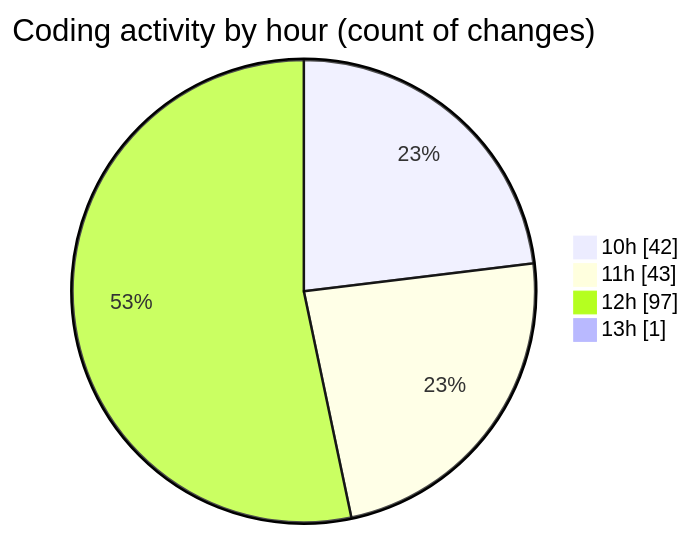
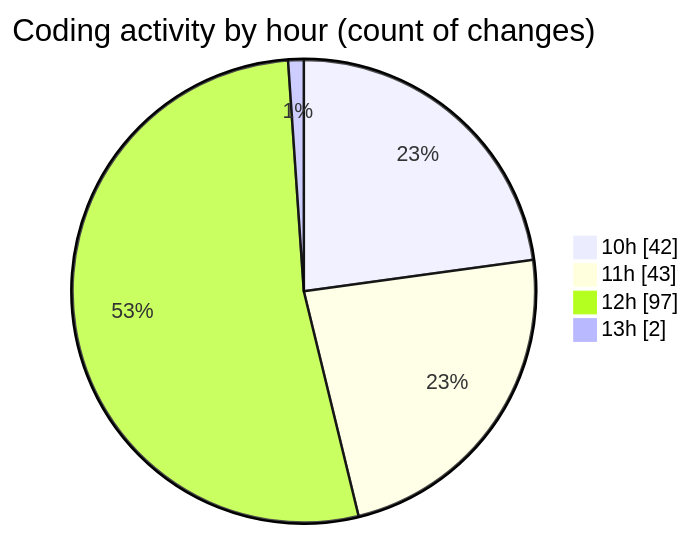
One commit to CELIANVF/code-tracking changed the second of 2 diagrams in 2025-05-15/ecodeli-1/README.md. Above: the diagram before and after it, drawn with Mermaid. The commit also changed other lines of this file and 1 other file, not shown here.

````diff
--- a/2025-05-15/ecodeli-1/README.md
+++ b/2025-05-15/ecodeli-1/README.md
@@ -70,8 +70,8 @@
 ```mermaid
 pie showData
 title Coding activity by hour (count of changes)
 "10h" : 42
 "11h" : 43
 "12h" : 97
-"13h" : 1
+"13h" : 2
 ```
````
